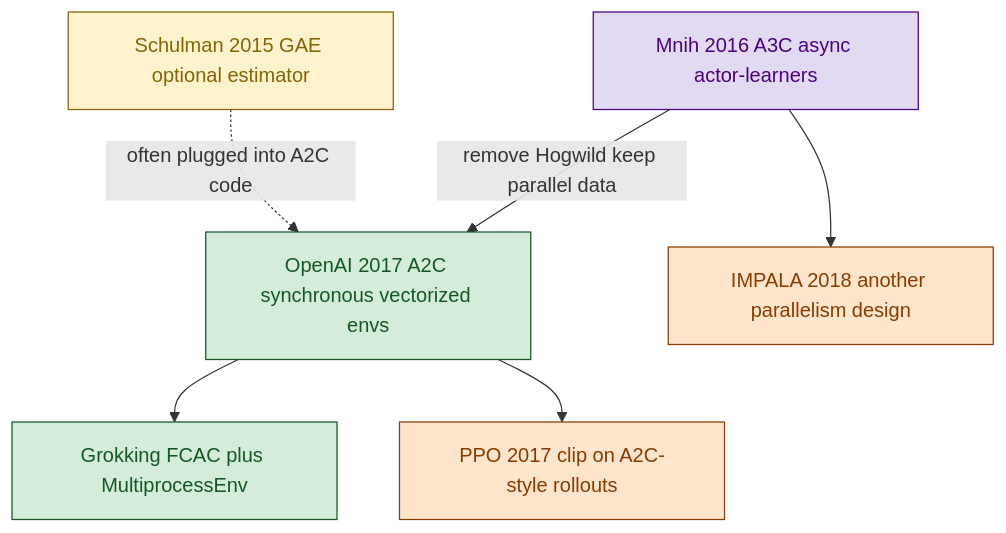
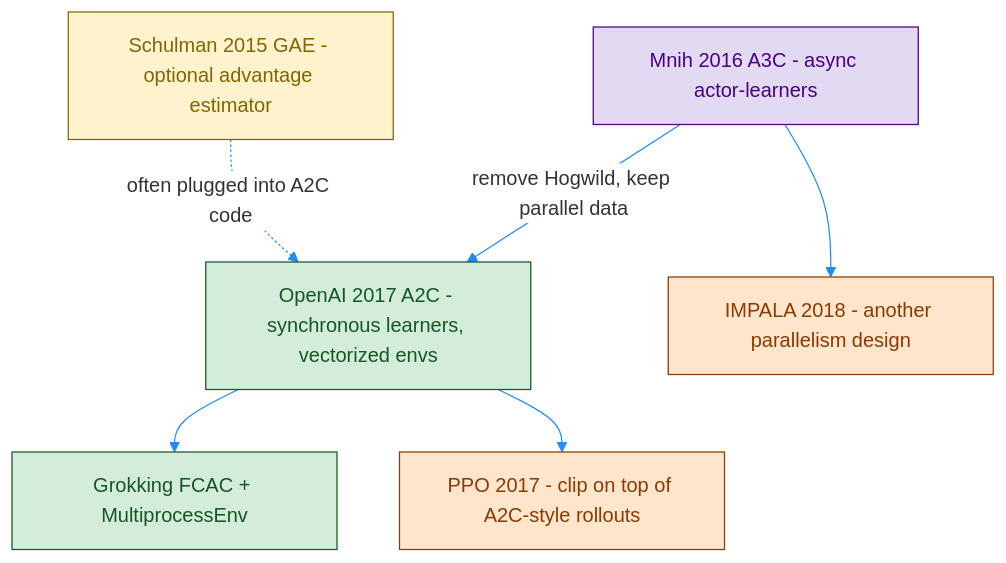
One commit to Open-Source-Robotics-For-Myanmar/rl changed the first of 4 diagrams in Day81 RL python/02_Miguel Morales - Grokking Deep Reinforcement Learning/02_rl_with_dl/rom_photos/10_1_PB_actor-critic_A2C.md. Above: the diagram before and after it, drawn with Mermaid. The commit also changed other lines of this file and 4 other files, not shown here.

````diff
--- a/Day81 RL python/02_Miguel Morales - Grokking Deep Reinforcement Learning/02_rl_with_dl/rom_photos/10_1_PB_actor-critic_A2C.md
+++ b/Day81 RL python/02_Miguel Morales - Grokking Deep Reinforcement Learning/02_rl_with_dl/rom_photos/10_1_PB_actor-critic_A2C.md
@@ -50,20 +55,26 @@
 ```mermaid
-flowchart TD
-    P1["Mnih 2016 A3C async actor-learners"]:::value
-    P2["Schulman 2015 GAE optional estimator"]:::sample
-    P3["OpenAI 2017 A2C synchronous vectorized envs"]:::policy
-    P4["Grokking FCAC plus MultiprocessEnv"]:::policy
-    P5["PPO 2017 clip on A2C-style rollouts"]:::extra
-    P6["IMPALA 2018 another parallelism design"]:::extra
+%%{init: {'theme': 'base', 'themeVariables': { 'primaryColor': '#ffffff', 'lineColor': '#218bff'}}}%%
+graph TD
+    P1[Mnih 2016 A3C - async actor-learners]
+    P2[Schulman 2015 GAE - optional advantage estimator]
+    P3[OpenAI 2017 A2C - synchronous learners, vectorized envs]
+    P4[Grokking FCAC + MultiprocessEnv]
+    P5[PPO 2017 - clip on top of A2C-style rollouts]
+    P6[IMPALA 2018 - another parallelism design]
 
-    P1 -->|"remove Hogwild keep parallel data"| P3
-    P2 -.->|"often plugged into A2C code"| P3
+    P1 -->|remove Hogwild, keep parallel data| P3
+    P2 -.->|often plugged into A2C code| P3
     P3 --> P4
     P3 --> P5
     P1 --> P6
 
-    classDef policy fill:#d4edda,stroke:#155724,color:#155724
-    classDef sample fill:#fff3cd,stroke:#856404,color:#856404
-    classDef value fill:#e2d9f3,stroke:#4b0082,color:#4b0082
-    classDef extra fill:#ffe5cc,stroke:#8a3b00,color:#8a3b00
+    classDef a3c fill:#e2d9f3,stroke:#4b0082,stroke-width:1px,color:#4b0082;
+    classDef gae fill:#fff3cd,stroke:#856404,stroke-width:1px,color:#856404;
+    classDef a2c fill:#d4edda,stroke:#155724,stroke-width:1px,color:#155724;
+    classDef later fill:#ffe5cc,stroke:#8a3b00,stroke-width:1px,color:#8a3b00;
+
+    class P1 a3c;
+    class P2 gae;
+    class P3,P4 a2c;
+    class P5,P6 later;
 ```
````
